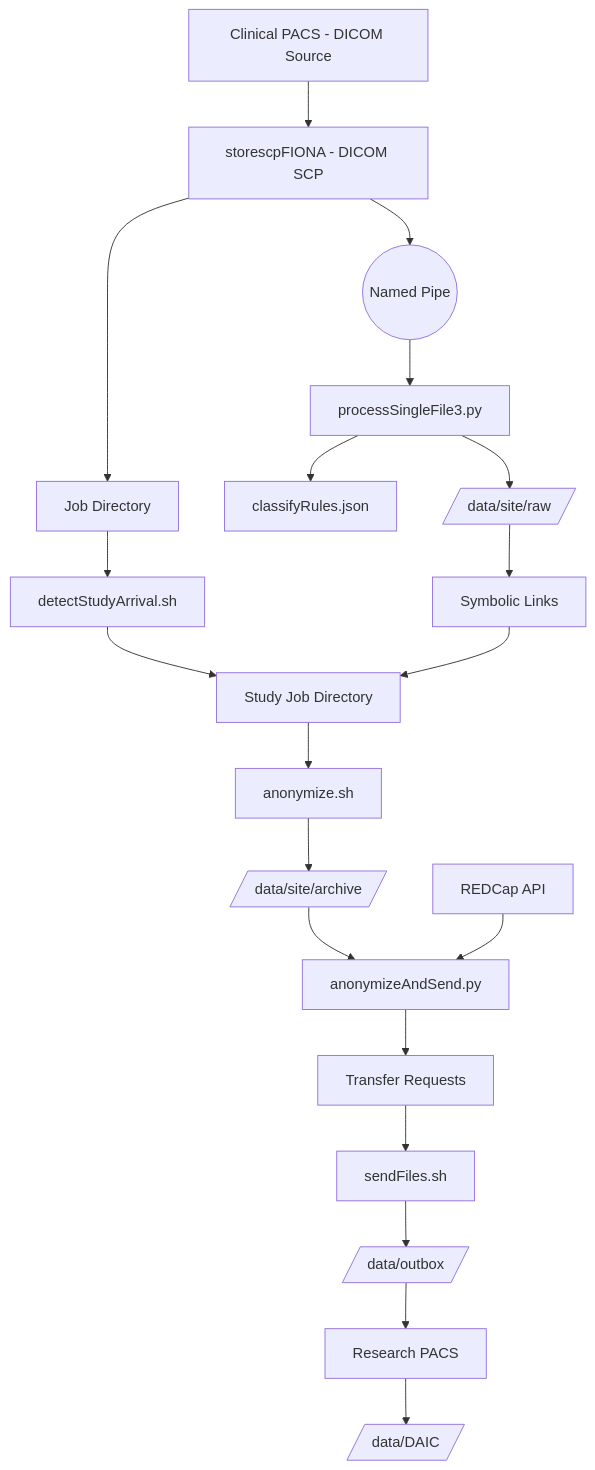
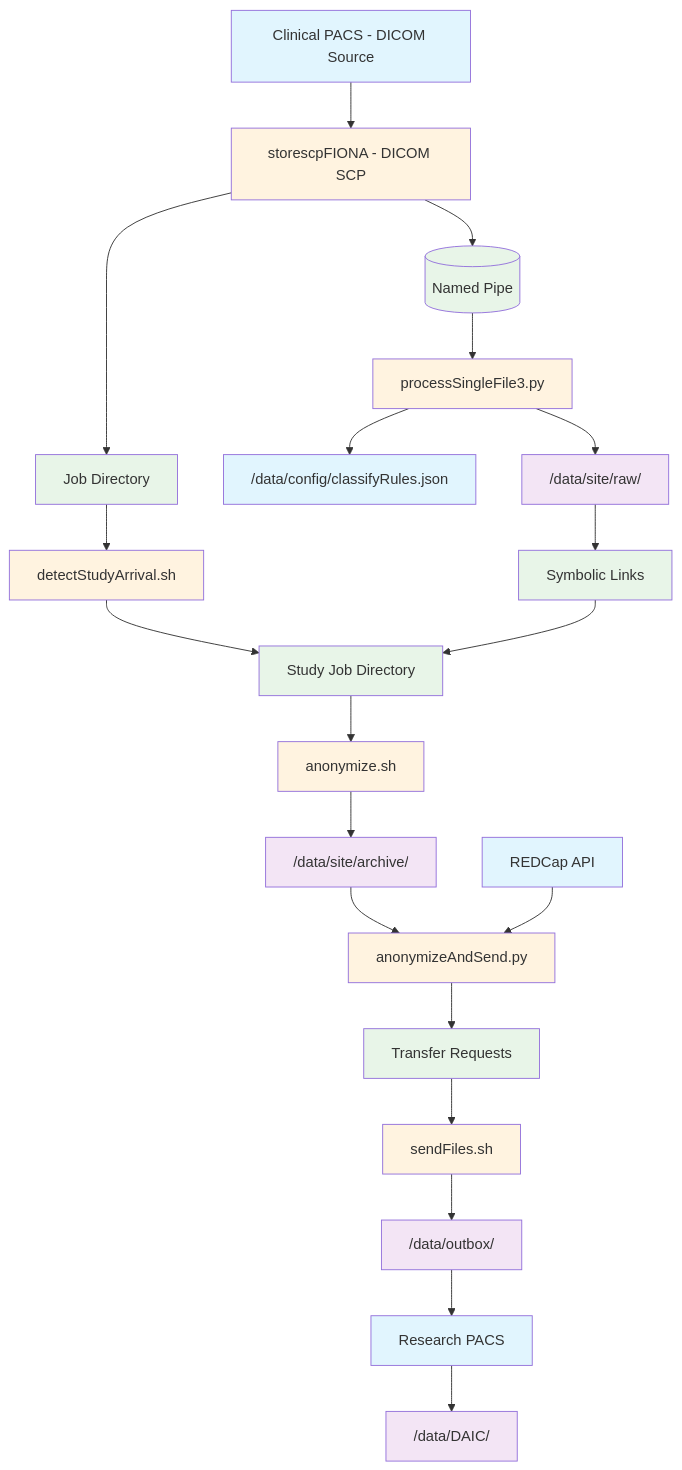
Before and after one commit to mmiv-center/FionaDocs: the diagram in docs/source/Architecture/index.rst, drawn with Mermaid. The commit also changed other lines of this file and 67 other files, not shown here.

```diff
--- a/docs/source/Architecture/index.rst
+++ b/docs/source/Architecture/index.rst
@@ -17,49 +18,61 @@
 .. mermaid::
 
    flowchart TB
-       PACS[Clinical PACS - DICOM Source]
-       StoreSCP[storescpFIONA - DICOM SCP]
-       NamedPipe((Named Pipe))
-       Arrived[Job Directory]
-       
-       ProcessDaemon[processSingleFile3.py]
-       ClassifyRules[classifyRules.json]
-       RawData[/data/site/raw/]
-       SymLinks[Symbolic Links]
-       
-       DetectStudy[detectStudyArrival.sh]
-       StudyJob[Study Job Directory]
-       Anonymize[anonymize.sh]
-       Archive[/data/site/archive/]
-       
-       AnonSend[anonymizeAndSend.py]
-       REDCap[REDCap API]
-       TransferReq[Transfer Requests]
-       
-       SendFiles[sendFiles.sh]
-       Outbox[/data/outbox/]
-       ResPACS[Research PACS]
-       DAIC[/data/DAIC/]
-       
-       PACS --> StoreSCP
-       StoreSCP --> NamedPipe
-       StoreSCP --> Arrived
-       NamedPipe --> ProcessDaemon
-       ProcessDaemon --> ClassifyRules
-       ProcessDaemon --> RawData
-       RawData --> SymLinks
-       
-       Arrived --> DetectStudy
-       DetectStudy --> StudyJob
-       SymLinks --> StudyJob
-       StudyJob --> Anonymize
-       Anonymize --> Archive
-       
-       Archive --> AnonSend
-       REDCap --> AnonSend
-       AnonSend --> TransferReq
-       TransferReq --> SendFiles
-       
-       SendFiles --> Outbox
-       Outbox --> ResPACS
-       ResPACS --> DAIC
+   PACS["Clinical PACS - DICOM Source"]
+   StoreSCP["storescpFIONA - DICOM SCP"]
+   NamedPipe[("Named Pipe")]
+   Arrived["Job Directory"]
+   
+   ProcessDaemon["processSingleFile3.py"]
+   ClassifyRules["/data/config/classifyRules.json"]
+   RawData["/data/site/raw/"]
+   SymLinks["Symbolic Links"]
+ 
+   DetectStudy["detectStudyArrival.sh"]
+   StudyJob["Study Job Directory"]
+   Anonymize["anonymize.sh"]
+   Archive["/data/site/archive/"]
+   
+   AnonSend["anonymizeAndSend.py"]
+   REDCap["REDCap API"]
+   TransferReq["Transfer Requests"]
+   
+   SendFiles["sendFiles.sh"]
+   Outbox["/data/outbox/"]
+   ResPACS["Research PACS"]
+   DAIC["/data/DAIC/"]
+   
+   PACS --> StoreSCP
+   StoreSCP --> NamedPipe
+   StoreSCP --> Arrived
+   NamedPipe --> ProcessDaemon
+   ProcessDaemon --> ClassifyRules
+   ProcessDaemon --> RawData
+   RawData --> SymLinks
+   
+   Arrived --> DetectStudy
+   DetectStudy --> StudyJob
+   SymLinks --> StudyJob
+   StudyJob --> Anonymize
+   Anonymize --> Archive
+   
+   Archive --> AnonSend
+   REDCap --> AnonSend
+   AnonSend -->TransferReq
+   TransferReq --> SendFiles
+   
+   SendFiles --> Outbox
+   Outbox --> ResPACS
+   ResPACS --> DAIC
+   %% Styling
+   classDef externalSystem fill:#e1f5fe
+   classDef configFile fill:#e1f5fe
+   classDef dataDirectory fill:#f3e5f5
+   classDef processScript fill:#fff3e0
+   classDef tempData fill:#e8f5e8
+   
+   class PACS,REDCap,ResPACS externalSystem
+   class ClassifyRules configFile
+   class RawData,Archive,Outbox,DAIC dataDirectory
+   class StoreSCP,ProcessDaemon,DetectStudy,Anonymize,AnonSend,SendFiles processScript
+   class NamedPipe,Arrived,SymLinks,StudyJob,TransferReq tempData
```
